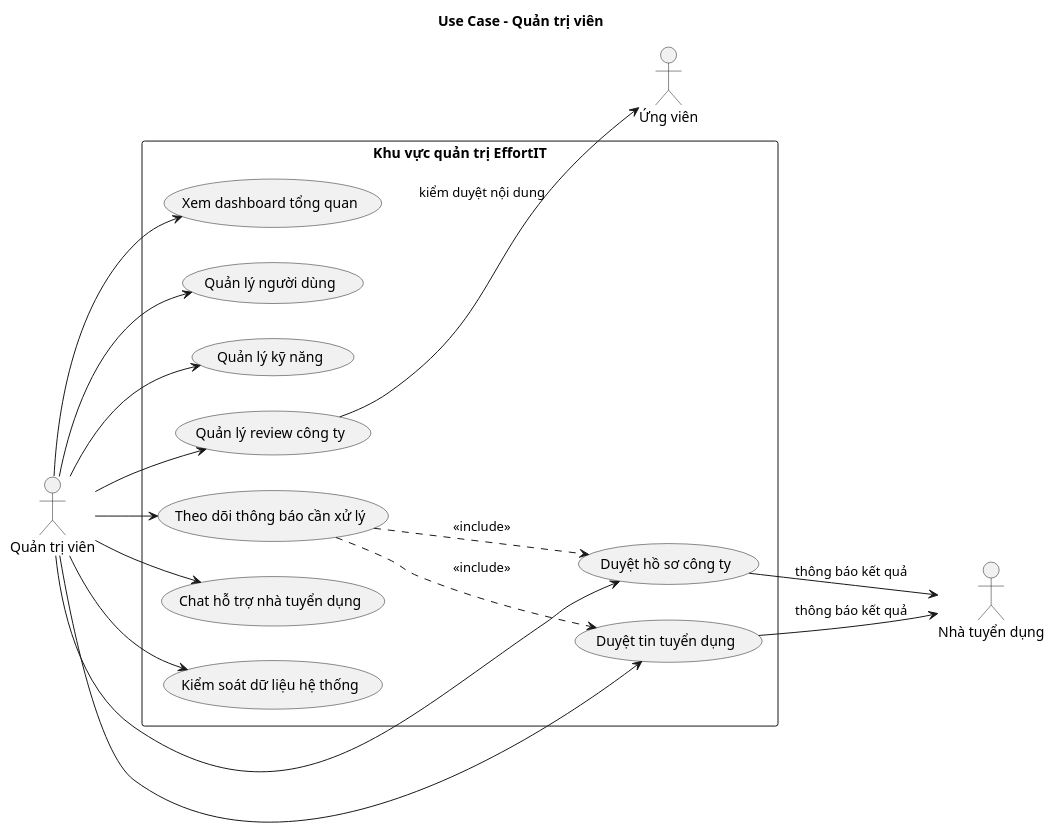
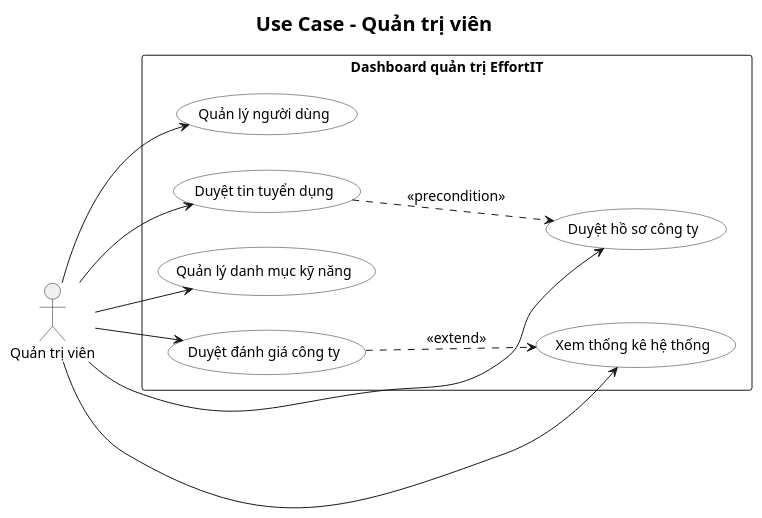
Before and after one commit to hole-six/DoAn: the diagram in docs/so-do/01-usecase/05-usecase-quan-tri-vien.puml, drawn with PlantUML. The commit also changed other lines of this file and 201 other files, not shown here.

```diff
--- a/docs/so-do/01-usecase/05-usecase-quan-tri-vien.puml
+++ b/docs/so-do/01-usecase/05-usecase-quan-tri-vien.puml
@@ -1,37 +1,36 @@
 @startuml
+skinparam defaultFontName "Segoe UI"
+skinparam titleFontName "Segoe UI"
+skinparam defaultFontSize 14
+skinparam titleFontSize 20
 left to right direction
 skinparam shadowing false
+skinparam packageStyle rectangle
+skinparam actorStyle stick
+skinparam usecase {
+  BackgroundColor White
+  BorderColor #222222
+}
 title Use Case - Quản trị viên
 
 actor "Quản trị viên" as Admin
-actor "Nhà tuyển dụng" as Employer
-actor "Ứng viên" as Candidate
 
-rectangle "Khu vực quản trị EffortIT" {
-  usecase "Xem dashboard tổng quan" as Dashboard
+rectangle "Dashboard quản trị EffortIT" {
   usecase "Quản lý người dùng" as Users
   usecase "Duyệt hồ sơ công ty" as ApproveCompany
   usecase "Duyệt tin tuyển dụng" as ApproveJob
-  usecase "Quản lý kỹ năng" as Skills
-  usecase "Quản lý review công ty" as Reviews
-  usecase "Theo dõi thông báo cần xử lý" as Notifications
-  usecase "Chat hỗ trợ nhà tuyển dụng" as SupportEmployer
-  usecase "Kiểm soát dữ liệu hệ thống" as Audit
+  usecase "Quản lý danh mục kỹ năng" as Skills
+  usecase "Duyệt đánh giá công ty" as Reviews
+  usecase "Xem thống kê hệ thống" as Stats
 }
 
-Admin --> Dashboard
 Admin --> Users
 Admin --> ApproveCompany
 Admin --> ApproveJob
 Admin --> Skills
 Admin --> Reviews
-Admin --> Notifications
-Admin --> SupportEmployer
-Admin --> Audit
+Admin --> Stats
 
-ApproveCompany --> Employer : thông báo kết quả
-ApproveJob --> Employer : thông báo kết quả
-Reviews --> Candidate : kiểm duyệt nội dung
-Notifications ..> ApproveCompany : <<include>>
-Notifications ..> ApproveJob : <<include>>
+ApproveJob ..> ApproveCompany : <<precondition>>
+Reviews ..> Stats : <<extend>>
 @enduml
```
